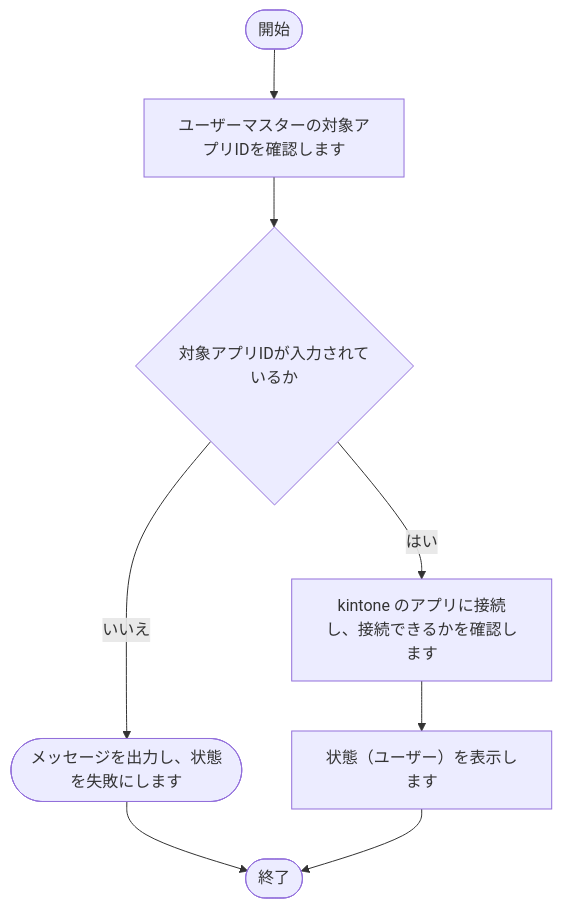
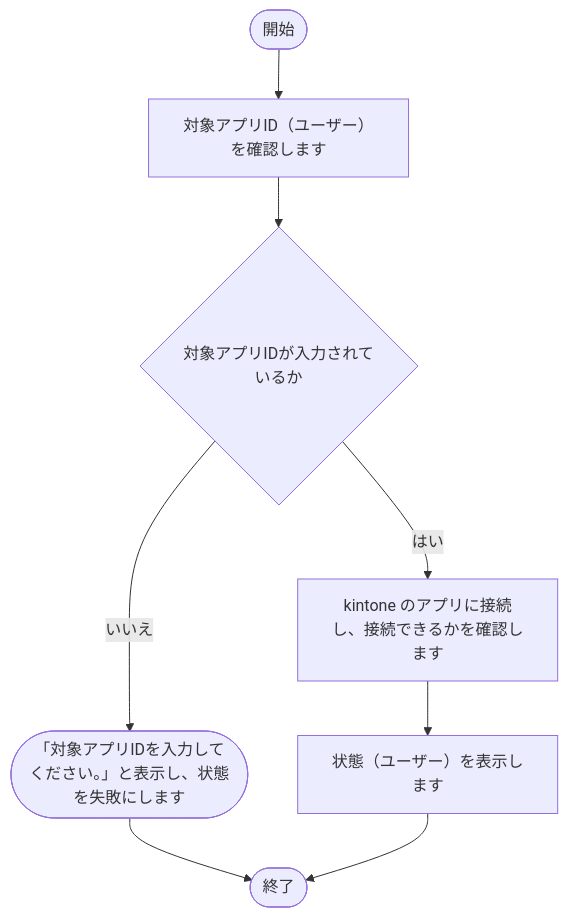
One commit to nishida2073/project_management changed diagram 17 of 25 in tool/kintone-aggregator/doc/02_設計/処理フロー.md. Above: the diagram before and after it, drawn with Mermaid. The commit also changed other lines of this file and 35 other files, not shown here.

````diff
--- a/tool/kintone-aggregator/doc/02_設計/処理フロー.md
+++ b/tool/kintone-aggregator/doc/02_設計/処理フロー.md
@@ -435,17 +448,17 @@
 ```mermaid
 flowchart TD
     S(["開始"])
     E(["終了"])
-    N1["ユーザーマスターの対象アプリIDを確認します"]
+    N1["対象アプリID（ユーザー）を確認します"]
     S --> N1
     N2{"対象アプリIDが入力されているか"}
-    X2(["メッセージを出力し、状態を失敗にします"])
+    X2(["「対象アプリIDを入力してください。」と表示し、状態を失敗にします"])
     X2 --> E
     N2 -- いいえ --> X2
     N1 --> N2
     N3["kintone のアプリに接続し、接続できるかを確認します"]
     N2 -- はい --> N3
     N4["状態（ユーザー）を表示します"]
     N3 --> N4
     N4 --> E
 ```
````
